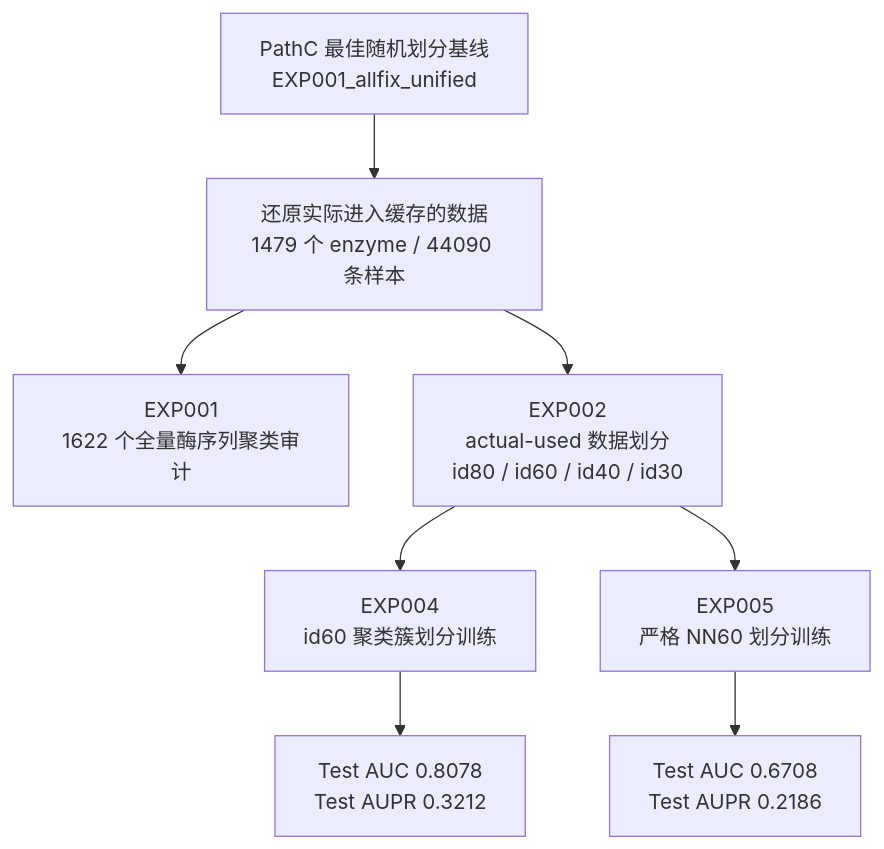
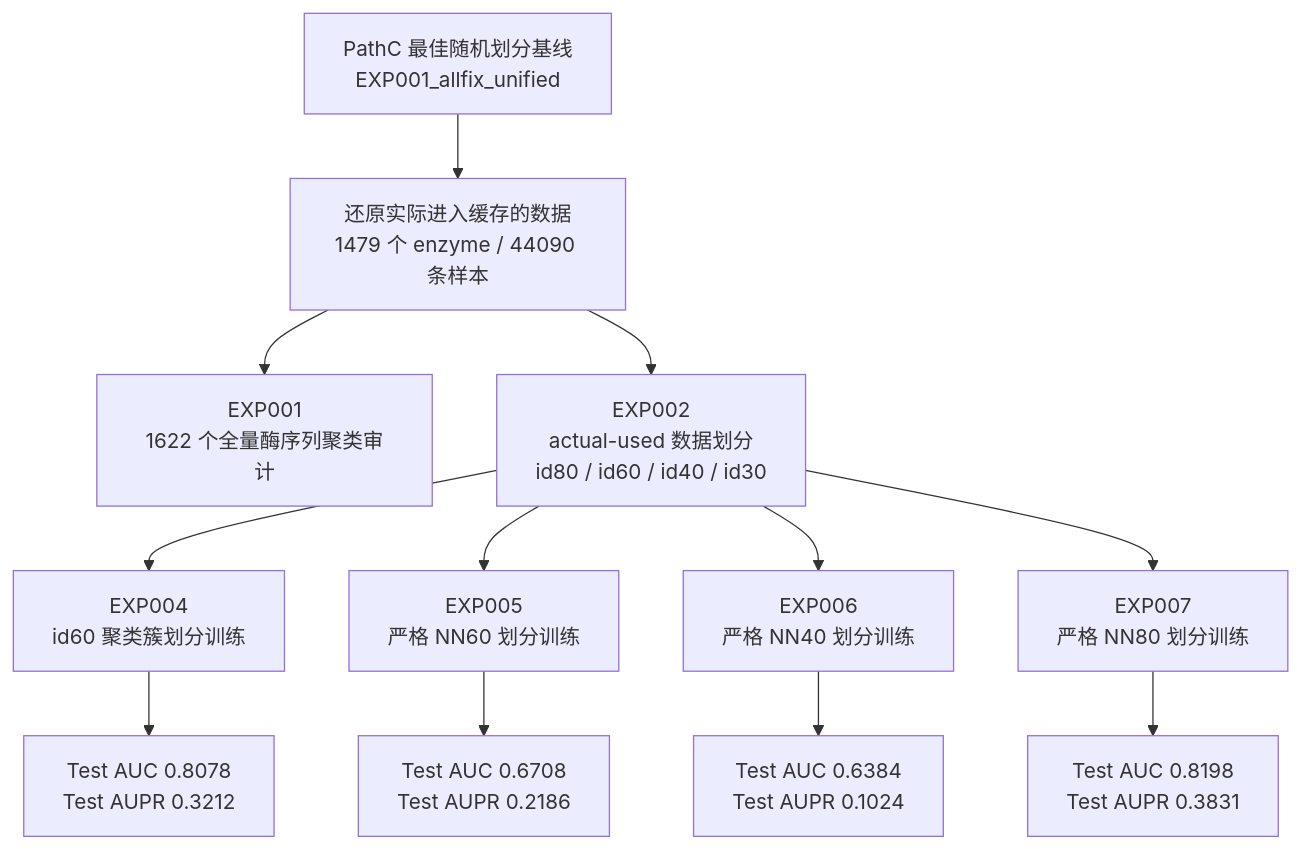
The diagram in 毕业设计/P450_EZSpecificity_研究项目/PathD_2026-05-08_导师反馈13问题/sessions/02_Q2_序列相似度划分/Q2序列相似度划分实验汇总.md (Tsukizzh/Undergraduate_Thesis), drawn with Mermaid before and after one commit. The commit also changed other lines of this file and 7 other files, not shown here.

````diff
--- a/毕业设计/P450_EZSpecificity_研究项目/PathD_2026-05-08_导师反馈13问题/sessions/02_Q2_序列相似度划分/Q2序列相似度划分实验汇总.md
+++ b/毕业设计/P450_EZSpecificity_研究项目/PathD_2026-05-08_导师反馈13问题/sessions/02_Q2_序列相似度划分/Q2序列相似度划分实验汇总.md
@@ -49,10 +51,14 @@
 ```mermaid
 flowchart TD
     A["PathC 最佳随机划分基线<br/>EXP001_allfix_unified"] --> B["还原实际进入缓存的数据<br/>1479 个 enzyme / 44090 条样本"]
     B --> C["EXP001<br/>1622 个全量酶序列聚类审计"]
     B --> D["EXP002<br/>actual-used 数据划分<br/>id80 / id60 / id40 / id30"]
     D --> E["EXP004<br/>id60 聚类簇划分训练"]
     E --> F["Test AUC 0.8078<br/>Test AUPR 0.3212"]
     D --> G["EXP005<br/>严格 NN60 划分训练"]
     G --> H["Test AUC 0.6708<br/>Test AUPR 0.2186"]
+    D --> I["EXP006<br/>严格 NN40 划分训练"]
+    I --> J["Test AUC 0.6384<br/>Test AUPR 0.1024"]
+    D --> K["EXP007<br/>严格 NN80 划分训练"]
+    K --> L["Test AUC 0.8198<br/>Test AUPR 0.3831"]
 ```
````
